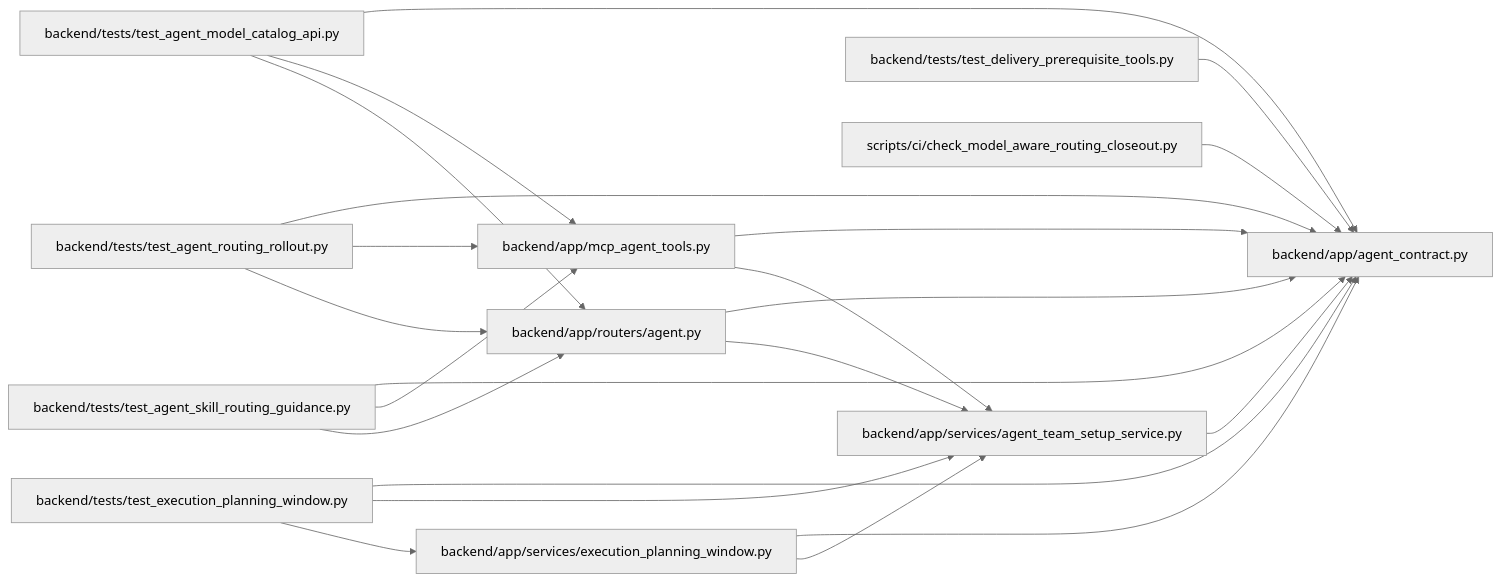
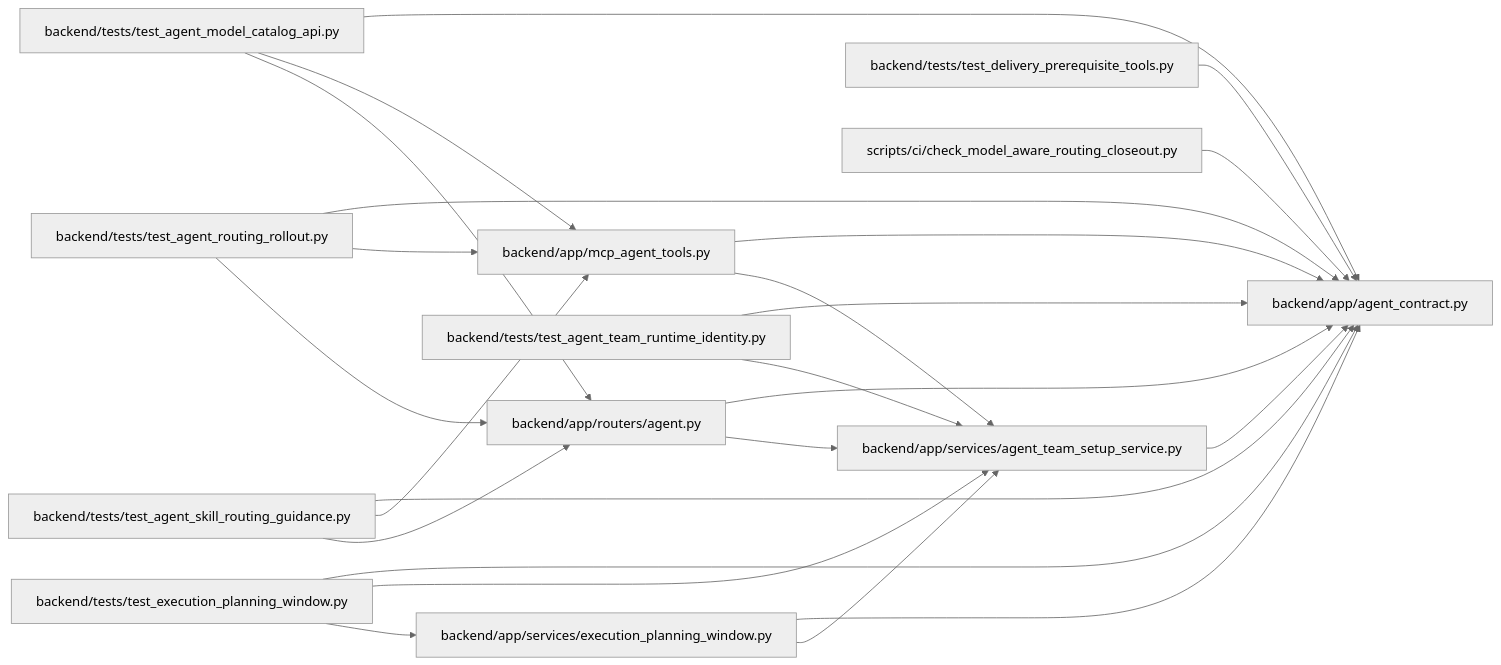
One commit to Denissvgn/WorkChord changed the diagram in docs/llm_wiki/modules/agent_contract.md. Above: the diagram before and after it, drawn with Mermaid (neutral theme). The commit also changed other lines of this file and 722 other files, not shown here.

Commit message:
Sync the architectural wiki for the onboarding runtime instance

````diff
--- a/docs/llm_wiki/modules/agent_contract.md
+++ b/docs/llm_wiki/modules/agent_contract.md
@@ -20,46 +20,50 @@
 ```mermaid
 flowchart LR
     n0["backend/app/agent_contract.py"]
     n1["backend/app/mcp_agent_tools.py"]
     n2["backend/app/routers/agent.py"]
     n3["backend/app/services/agent_team_setup_service.py"]
     n4["backend/app/services/execution_planning_window.py"]
     n5["backend/tests/test_agent_model_catalog_api.py"]
     n6["backend/tests/test_agent_routing_rollout.py"]
     n7["backend/tests/test_agent_skill_routing_guidance.py"]
-    n8["backend/tests/test_delivery_prerequisite_tools.py"]
-    n9["backend/tests/test_execution_planning_window.py"]
-    n10["scripts/ci/check_model_aware_routing_closeout.py"]
+    n8["backend/tests/test_agent_team_runtime_identity.py"]
+    n9["backend/tests/test_delivery_prerequisite_tools.py"]
+    n10["backend/tests/test_execution_planning_window.py"]
+    n11["scripts/ci/check_model_aware_routing_closeout.py"]
     n1 --> n0
     n1 --> n3
     n2 --> n0
     n2 --> n3
     n3 --> n0
     n4 --> n0
     n4 --> n3
     n5 --> n0
     n5 --> n1
     n5 --> n2
     n6 --> n0
     n6 --> n1
     n6 --> n2
     n7 --> n0
     n7 --> n1
     n7 --> n2
     n8 --> n0
+    n8 --> n3
     n9 --> n0
-    n9 --> n3
-    n9 --> n4
     n10 --> n0
+    n10 --> n3
+    n10 --> n4
+    n11 --> n0
     click n0 "../modules/agent_contract.md"
     click n1 "../modules/mcp_agent_tools.md"
     click n2 "../modules/routers_agent.md"
     click n3 "../modules/agent_team_setup_service.md"
     click n4 "../modules/execution_planning_window.md"
     click n5 "../modules/test_agent_model_catalog_api.md"
     click n6 "../modules/test_agent_routing_rollout.md"
     click n7 "../modules/test_agent_skill_routing_guidance.md"
-    click n8 "../modules/test_delivery_prerequisite_tools.md"
-    click n9 "../modules/test_execution_planning_window.md"
-    click n10 "../modules/check_model_aware_routing_closeout.md"
+    click n8 "../modules/test_agent_team_runtime_identity.md"
+    click n9 "../modules/test_delivery_prerequisite_tools.md"
+    click n10 "../modules/test_execution_planning_window.md"
+    click n11 "../modules/check_model_aware_routing_closeout.md"
 ```
````
